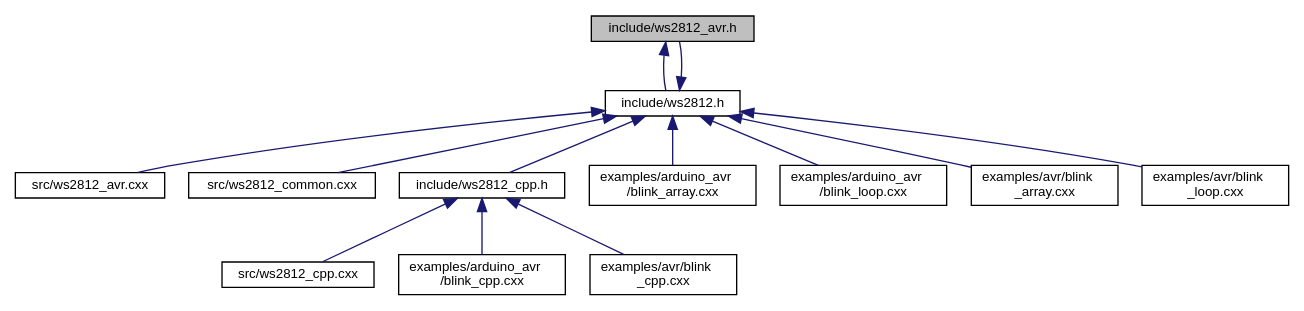
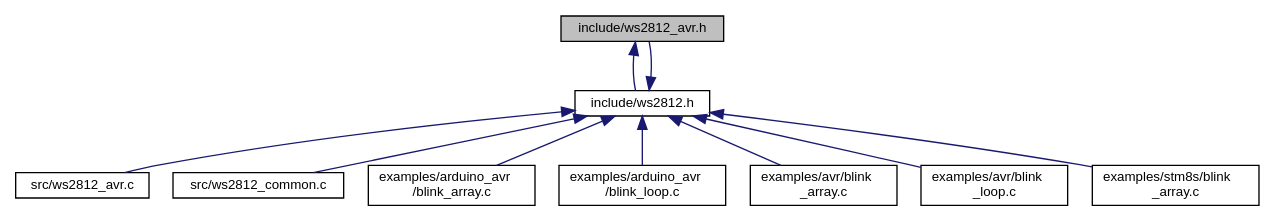
Before and after one commit to CTXz/TinyWS2812: the diagram in docs/ws2812__avr_8h__dep__incl.dot, drawn with Graphviz. The commit also changed 167 other files, not shown here.

```diff
--- a/docs/ws2812__avr_8h__dep__incl.dot
+++ b/docs/ws2812__avr_8h__dep__incl.dot
@@ -1,30 +1,24 @@
 digraph "include/ws2812_avr.h"
 {
  // LATEX_PDF_SIZE
   edge [fontname="Helvetica",fontsize="10",labelfontname="Helvetica",labelfontsize="10"];
   node [fontname="Helvetica",fontsize="10",shape=record];
   Node1 [label="include/ws2812_avr.h",height=0.2,width=0.4,color="black", fillcolor="grey75", style="filled", fontcolor="black",tooltip="Provides AVR platform specific definitions."];
   Node1 -> Node2 [dir="back",color="midnightblue",fontsize="10",style="solid",fontname="Helvetica"];
   Node2 [label="include/ws2812.h",height=0.2,width=0.4,color="black", fillcolor="white", style="filled",URL="$ws2812_8h.html",tooltip="Exposes the Tiny-WS2812 library interface."];
   Node2 -> Node3 [dir="back",color="midnightblue",fontsize="10",style="solid",fontname="Helvetica"];
-  Node3 [label="src/ws2812_avr.cxx",height=0.2,width=0.4,color="black", fillcolor="white", style="filled",URL="$ws2812__avr_8cxx.html",tooltip="Driver code for AVR chips."];
+  Node3 [label="src/ws2812_avr.c",height=0.2,width=0.4,color="black", fillcolor="white", style="filled",URL="$ws2812__avr_8c.html",tooltip="Driver code for AVR chips."];
   Node2 -> Node4 [dir="back",color="midnightblue",fontsize="10",style="solid",fontname="Helvetica"];
-  Node4 [label="src/ws2812_common.cxx",height=0.2,width=0.4,color="black", fillcolor="white", style="filled",URL="$ws2812__common_8cxx.html",tooltip="Common code shared accross all supported platforms."];
+  Node4 [label="src/ws2812_common.c",height=0.2,width=0.4,color="black", fillcolor="white", style="filled",URL="$ws2812__common_8c.html",tooltip="Common code shared accross all supported platforms."];
   Node2 -> Node1 [dir="back",color="midnightblue",fontsize="10",style="solid",fontname="Helvetica"];
   Node2 -> Node5 [dir="back",color="midnightblue",fontsize="10",style="solid",fontname="Helvetica"];
-  Node5 [label="include/ws2812_cpp.h",height=0.2,width=0.4,color="black", fillcolor="white", style="filled",URL="$ws2812__cpp_8h.html",tooltip="C++ Wrapper for the Tiny-WS2812 interface."];
-  Node5 -> Node6 [dir="back",color="midnightblue",fontsize="10",style="solid",fontname="Helvetica"];
-  Node6 [label="src/ws2812_cpp.cxx",height=0.2,width=0.4,color="black", fillcolor="white", style="filled",URL="$ws2812__cpp_8cxx.html",tooltip="Defines functions for the Tiny-WS2812 C++ interface wrapper."];
-  Node5 -> Node7 [dir="back",color="midnightblue",fontsize="10",style="solid",fontname="Helvetica"];
-  Node7 [label="examples/arduino_avr\l/blink_cpp.cxx",height=0.2,width=0.4,color="black", fillcolor="white", style="filled",URL="$arduino__avr_2blink__cpp_8cxx.html",tooltip="C++ Wrapper implementation of blink_array.cxx"];
-  Node5 -> Node8 [dir="back",color="midnightblue",fontsize="10",style="solid",fontname="Helvetica"];
-  Node8 [label="examples/avr/blink\l_cpp.cxx",height=0.2,width=0.4,color="black", fillcolor="white", style="filled",URL="$avr_2blink__cpp_8cxx.html",tooltip="C++ Wrapper implementation of blink_array.cxx."];
+  Node5 [label="examples/arduino_avr\l/blink_array.c",height=0.2,width=0.4,color="black", fillcolor="white", style="filled",URL="$arduino__avr_2blink__array_8c.html",tooltip="Blinks one or more WS2812 devices using a RGB array."];
+  Node2 -> Node6 [dir="back",color="midnightblue",fontsize="10",style="solid",fontname="Helvetica"];
+  Node6 [label="examples/arduino_avr\l/blink_loop.c",height=0.2,width=0.4,color="black", fillcolor="white", style="filled",URL="$arduino__avr_2blink__loop_8c.html",tooltip="Blinks one or more WS2812 devices using a more memory efficient method than the blink_array...."];
+  Node2 -> Node7 [dir="back",color="midnightblue",fontsize="10",style="solid",fontname="Helvetica"];
+  Node7 [label="examples/avr/blink\l_array.c",height=0.2,width=0.4,color="black", fillcolor="white", style="filled",URL="$avr_2blink__array_8c.html",tooltip="Blinks one or more WS2812 devices using a RGB array."];
+  Node2 -> Node8 [dir="back",color="midnightblue",fontsize="10",style="solid",fontname="Helvetica"];
+  Node8 [label="examples/avr/blink\l_loop.c",height=0.2,width=0.4,color="black", fillcolor="white", style="filled",URL="$avr_2blink__loop_8c.html",tooltip="Blinks one or more WS2812 devices using a more memory efficient method than the blink_array...."];
   Node2 -> Node9 [dir="back",color="midnightblue",fontsize="10",style="solid",fontname="Helvetica"];
-  Node9 [label="examples/arduino_avr\l/blink_array.cxx",height=0.2,width=0.4,color="black", fillcolor="white", style="filled",URL="$arduino__avr_2blink__array_8cxx.html",tooltip="Blinks one or more WS2812 devices using a RGB array."];
-  Node2 -> Node10 [dir="back",color="midnightblue",fontsize="10",style="solid",fontname="Helvetica"];
-  Node10 [label="examples/arduino_avr\l/blink_loop.cxx",height=0.2,width=0.4,color="black", fillcolor="white", style="filled",URL="$arduino__avr_2blink__loop_8cxx.html",tooltip="Blinks one or more WS2812 devices using a more memory efficient method than the blink_array...."];
-  Node2 -> Node11 [dir="back",color="midnightblue",fontsize="10",style="solid",fontname="Helvetica"];
-  Node11 [label="examples/avr/blink\l_array.cxx",height=0.2,width=0.4,color="black", fillcolor="white", style="filled",URL="$avr_2blink__array_8cxx.html",tooltip="Blinks one or more WS2812 devices using a RGB array."];
-  Node2 -> Node12 [dir="back",color="midnightblue",fontsize="10",style="solid",fontname="Helvetica"];
-  Node12 [label="examples/avr/blink\l_loop.cxx",height=0.2,width=0.4,color="black", fillcolor="white", style="filled",URL="$avr_2blink__loop_8cxx.html",tooltip="Blinks one or more WS2812 devices using a more memory efficient method than the blink_array...."];
+  Node9 [label="examples/stm8s/blink\l_array.c",height=0.2,width=0.4,color="black", fillcolor="white", style="filled",URL="$stm8s_2blink__array_8c.html",tooltip="Blinks one or more WS2812 devices using a RGB array."];
 }
```
